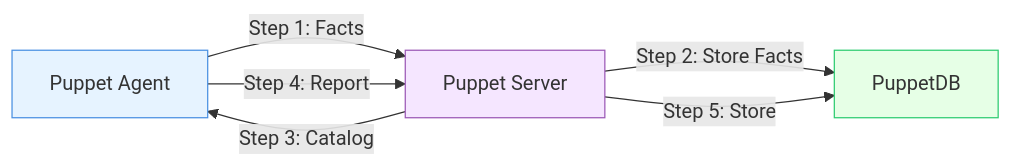
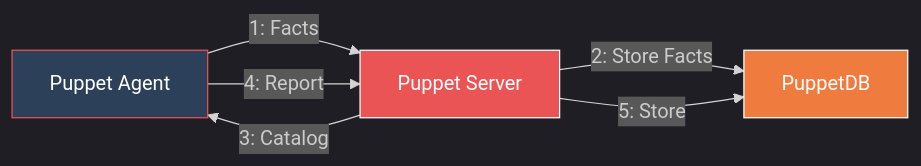
One commit to donoghuc/logstash-input-puppetdb-demo changed the diagram in README.md. Above: the diagram before and after it, drawn with Mermaid.

Commit message:
remove mermaid nav

````diff
--- a/README.md
+++ b/README.md
@@ -7,12 +7,13 @@
 ```mermaid
+%%{init: {'theme': 'dark'}}%%
 graph LR
-    A[Puppet Agent] -->|"Step 1: Facts"| B[Puppet Server]
-    B -->|"Step 2: Store Facts"| C[PuppetDB]
-    B -->|"Step 3: Catalog"| A
-    A -->|"Step 4: Report"| B
-    B -->|"Step 5: Store"| C
+    A[Puppet Agent] -->|"1: Facts"| B[Puppet Server]
+    B -->|"2: Store Facts"| C[PuppetDB]
+    B -->|"3: Catalog"| A
+    A -->|"4: Report"| B
+    B -->|"5: Store"| C
 
-    style A fill:#e6f3ff,stroke:#4a90e2
-    style B fill:#f5e6ff,stroke:#9b59b6
-    style C fill:#e6ffe6,stroke:#2ecc71
+    style A fill:#2D4059,stroke:#EA5455,color:#fff
+    style B fill:#EA5455,stroke:#fff,color:#fff
+    style C fill:#F07B3F,stroke:#fff,color:#fff
 ```
````
